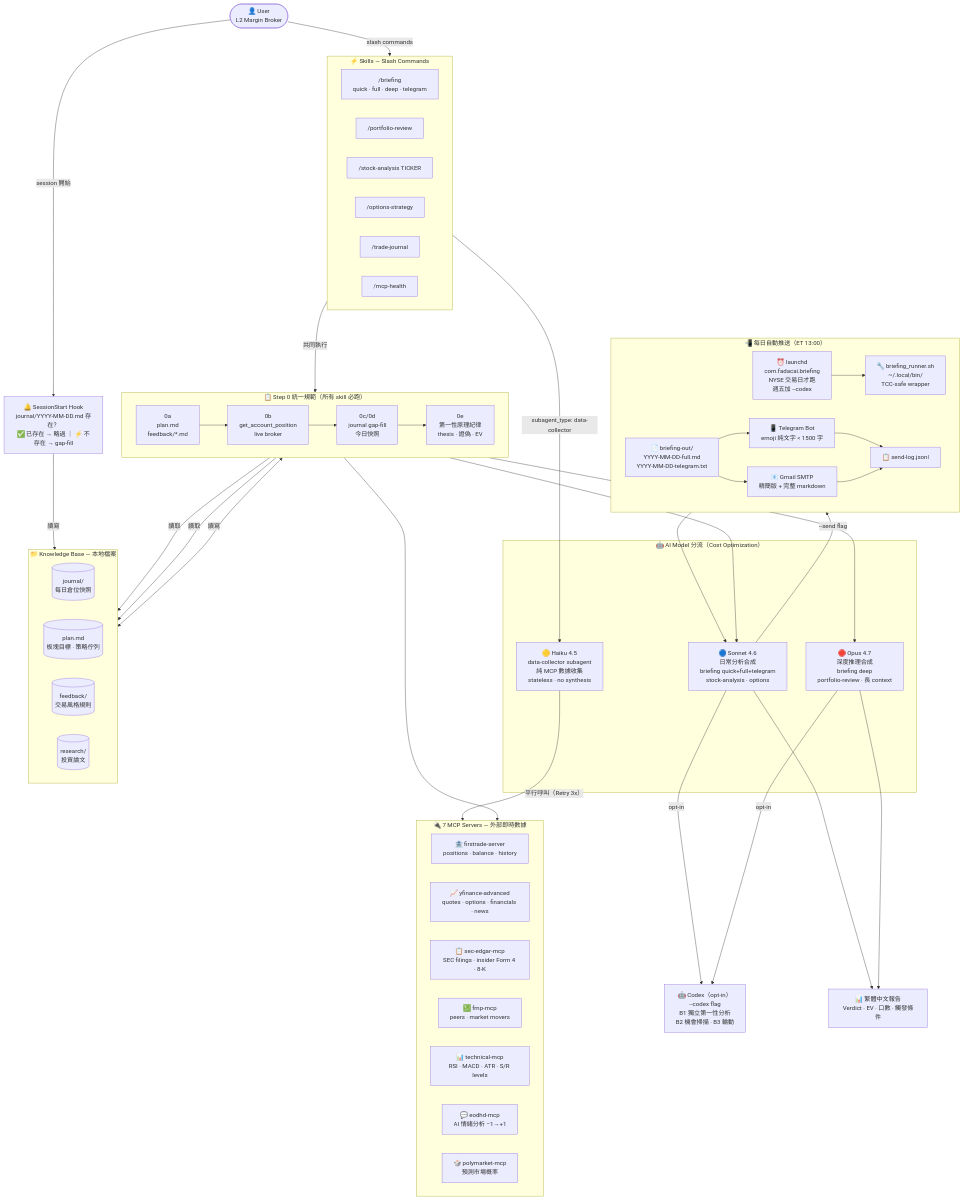
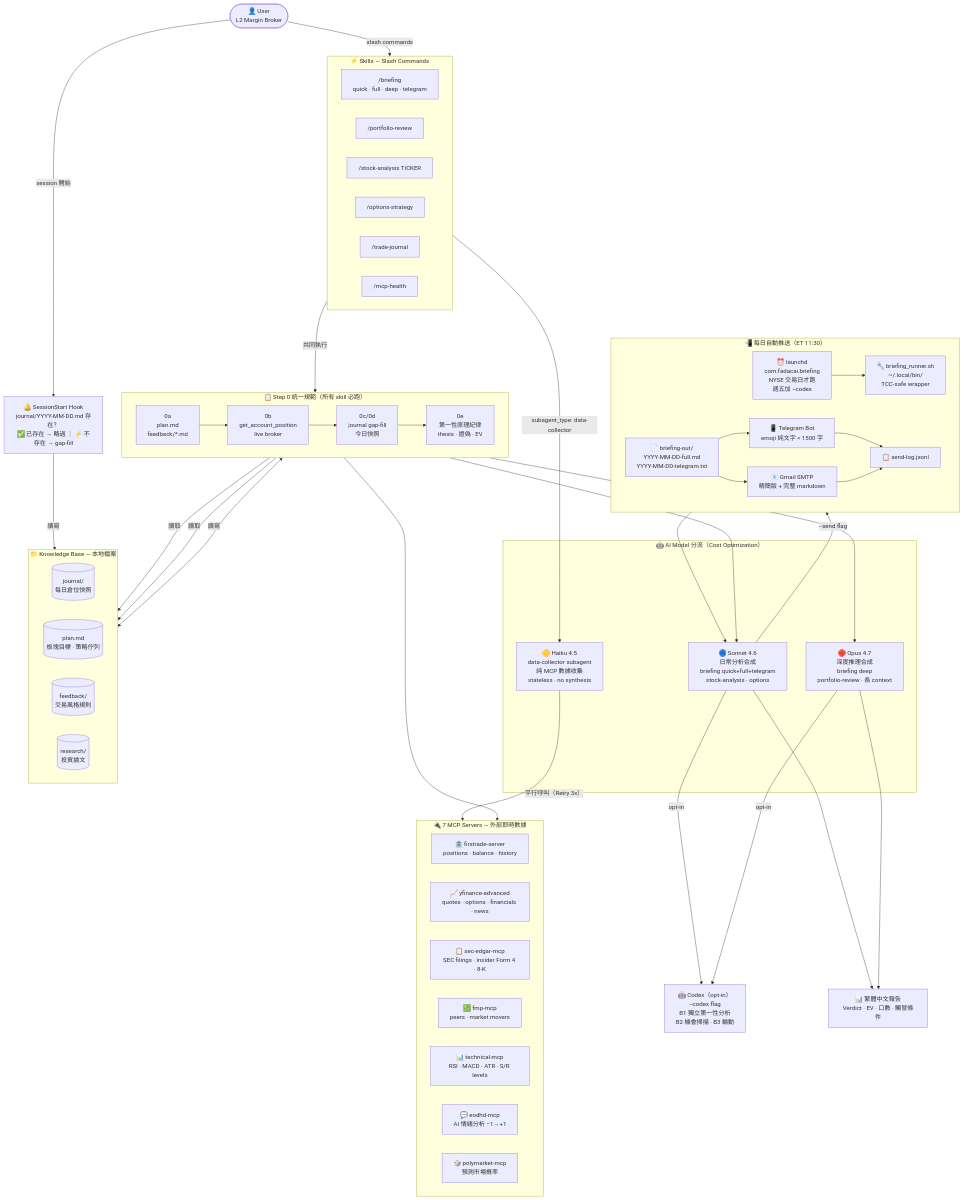
Before and after one commit to stanleytengg/alpha-desk: the diagram in README.md, drawn with Mermaid. The commit also changed other lines of this file and 2 other files, not shown here.

```diff
--- a/README.md
+++ b/README.md
@@ -80,7 +80,7 @@
     CODEX["🤖 Codex（opt-in）<br/>--codex flag<br/>B1 獨立第一性分析<br/>B2 機會掃描 · B3 輪動"]
     SONNET & OPUS -->|opt-in| CODEX
 
-    subgraph AutoSend ["📲 每日自動推送（ET 13:00）"]
+    subgraph AutoSend ["📲 每日自動推送（ET 11:30）"]
         direction LR
         LAUNCHD["⏰ launchd<br/>com.fadacai.briefing<br/>NYSE 交易日才跑<br/>週五加 --codex"]
         RUNNER["🔧 briefing_runner.sh<br/>~/.local/bin/<br/>TCC-safe wrapper"]
```
